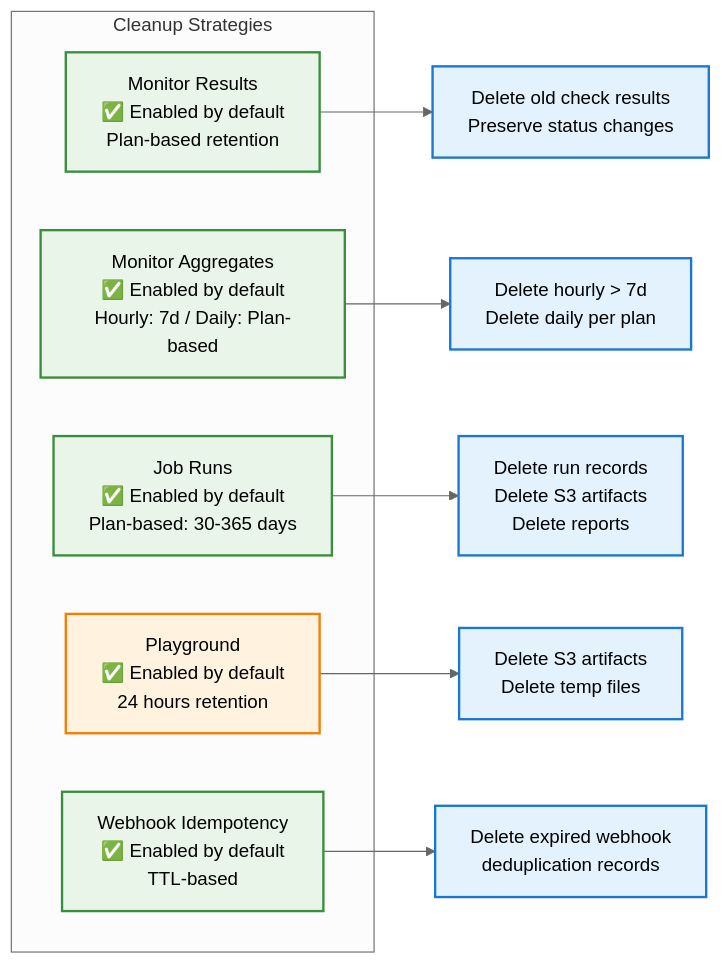
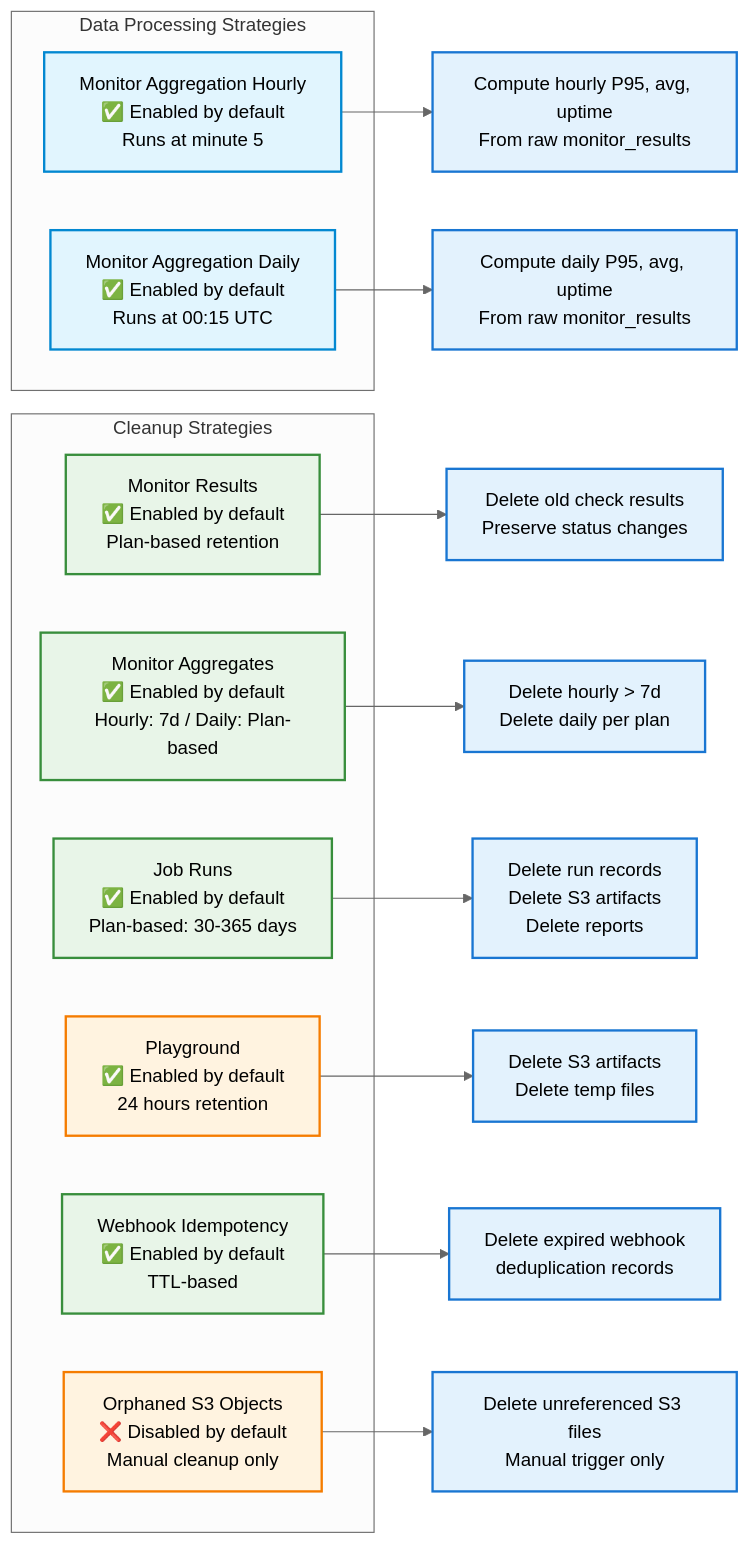
One commit to supercheck-io/supercheck changed the third of 11 diagrams in docs/specs/06-data/DATA_LIFECYCLE_SYSTEM.md. Above: the diagram before and after it, drawn with Mermaid (neutral theme). The commit also changed other lines of this file and 17 other files, not shown here.

````diff
--- a/docs/specs/06-data/DATA_LIFECYCLE_SYSTEM.md
+++ b/docs/specs/06-data/DATA_LIFECYCLE_SYSTEM.md
@@ -238,24 +253,35 @@
 ```mermaid
 graph LR
+    subgraph "Data Processing Strategies"
+        AH[Monitor Aggregation Hourly<br/>✅ Enabled by default<br/>Runs at minute 5]
+        AD[Monitor Aggregation Daily<br/>✅ Enabled by default<br/>Runs at 00:15 UTC]
+    end
+    
     subgraph "Cleanup Strategies"
         M[Monitor Results<br/>✅ Enabled by default<br/>Plan-based retention]
         MA[Monitor Aggregates<br/>✅ Enabled by default<br/>Hourly: 7d / Daily: Plan-based]
         J[Job Runs<br/>✅ Enabled by default<br/>Plan-based: 30-365 days]
         P[Playground<br/>✅ Enabled by default<br/>24 hours retention]
         W[Webhook Idempotency<br/>✅ Enabled by default<br/>TTL-based]
+        O[Orphaned S3 Objects<br/>❌ Disabled by default<br/>Manual cleanup only]
     end
 
+    AH --> AHC[Compute hourly P95, avg, uptime<br/>From raw monitor_results]
+    AD --> ADC[Compute daily P95, avg, uptime<br/>From raw monitor_results]
     M --> MD[Delete old check results<br/>Preserve status changes]
     MA --> MAD[Delete hourly > 7d<br/>Delete daily per plan]
     J --> JD[Delete run records<br/>Delete S3 artifacts<br/>Delete reports]
     P --> PD[Delete S3 artifacts<br/>Delete temp files]
     W --> WD[Delete expired webhook<br/>deduplication records]
+    O --> OD[Delete unreferenced S3 files<br/>Manual trigger only]
 
+    classDef processing fill:#e1f5fe,stroke:#0288d1,stroke-width:2px
     classDef enabled fill:#e8f5e8,stroke:#388e3c,stroke-width:2px
     classDef disabled fill:#fff3e0,stroke:#f57c00,stroke-width:2px
     classDef action fill:#e3f2fd,stroke:#1976d2,stroke-width:2px
 
+    class AH,AD processing
     class M,MA,J,W enabled
-    class P disabled
-    class MD,MAD,JD,PD,WD action
+    class P,O disabled
+    class AHC,ADC,MD,MAD,JD,PD,WD,OD action
 ```
````
